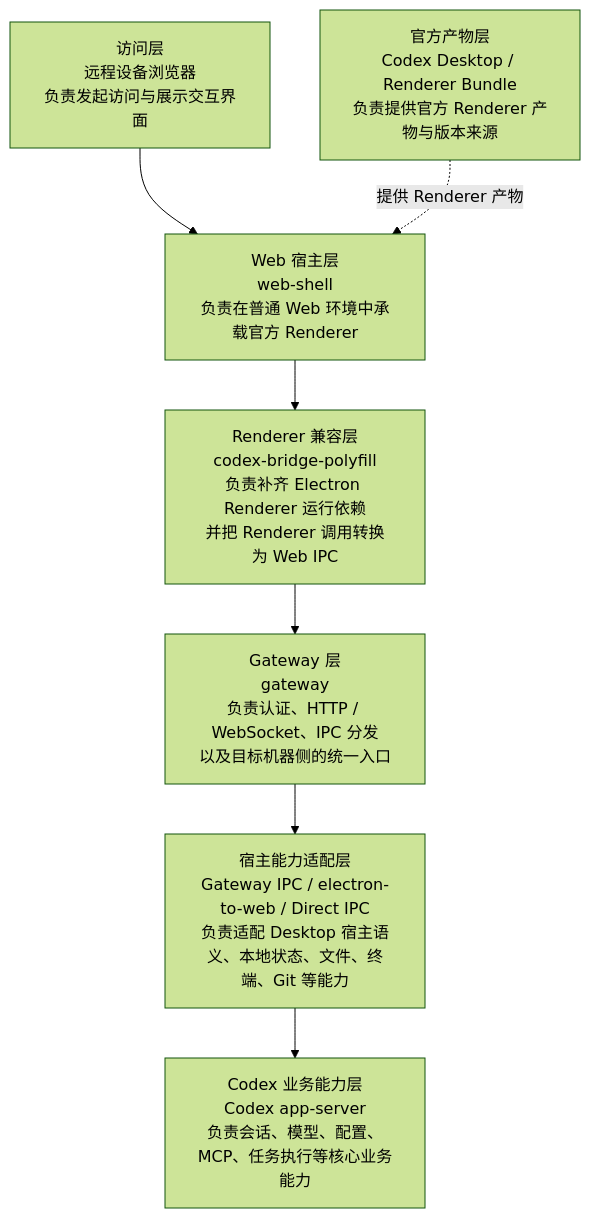
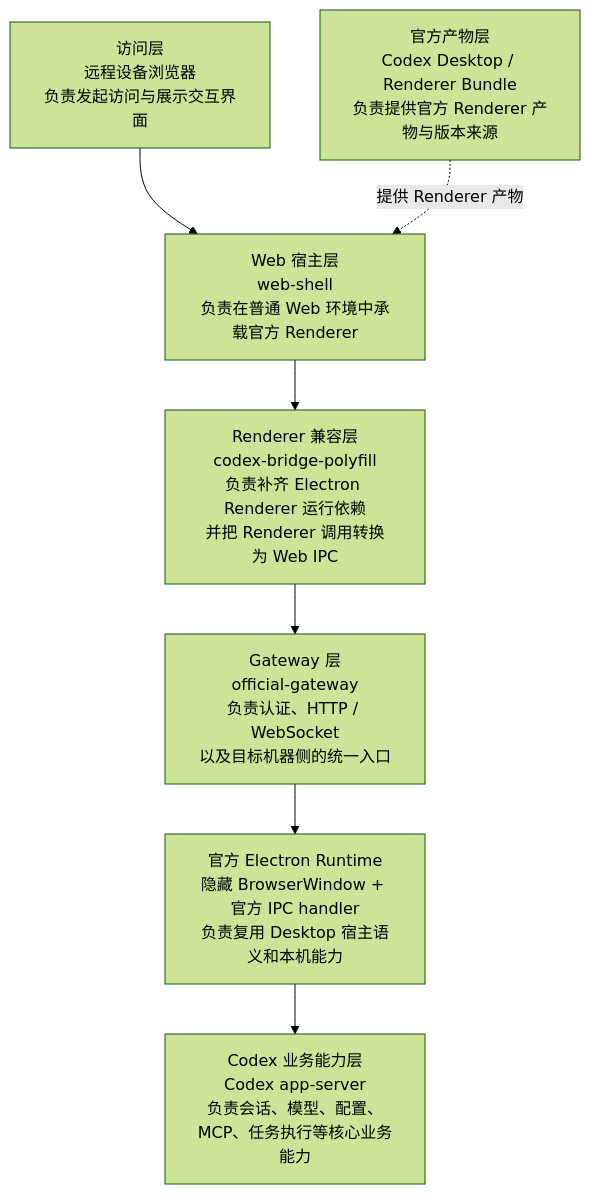
One commit to Wolf-L/OpenCodex changed the diagram in README.md. Above: the diagram before and after it, drawn with Mermaid (forest theme). The commit also changed other lines of this file and 71 other files, not shown here.

Commit message:
feat: new architecture

````diff
--- a/README.md
+++ b/README.md
@@ -50,24 +51,24 @@
 ```mermaid
 flowchart TB
   L1["访问层<br/>远程设备浏览器<br/>负责发起访问与展示交互界面"]
 
   L2["Web 宿主层<br/>web-shell<br/>负责在普通 Web 环境中承载官方 Renderer"]
 
   L3["Renderer 兼容层<br/>codex-bridge-polyfill<br/>负责补齐 Electron Renderer 运行依赖<br/>并把 Renderer 调用转换为 Web IPC"]
 
-  L4["Gateway 层<br/>gateway<br/>负责认证、HTTP / WebSocket、IPC 分发<br/>以及目标机器侧的统一入口"]
+  L4["Gateway 层<br/>official-gateway<br/>负责认证、HTTP / WebSocket<br/>以及目标机器侧的统一入口"]
 
-  L5["宿主能力适配层<br/>Gateway IPC / electron-to-web / Direct IPC<br/>负责适配 Desktop 宿主语义、本地状态、文件、终端、Git 等能力"]
+  L5["官方 Electron Runtime<br/>隐藏 BrowserWindow + 官方 IPC handler<br/>负责复用 Desktop 宿主语义和本机能力"]
 
   L6["Codex 业务能力层<br/>Codex app-server<br/>负责会话、模型、配置、MCP、任务执行等核心业务能力"]
 
   L7["官方产物层<br/>Codex Desktop / Renderer Bundle<br/>负责提供官方 Renderer 产物与版本来源"]
 
   L1 --> L2
   L2 --> L3
   L3 --> L4
   L4 --> L5
   L5 --> L6
 
   L7 -.提供 Renderer 产物.-> L2
 ```
````
